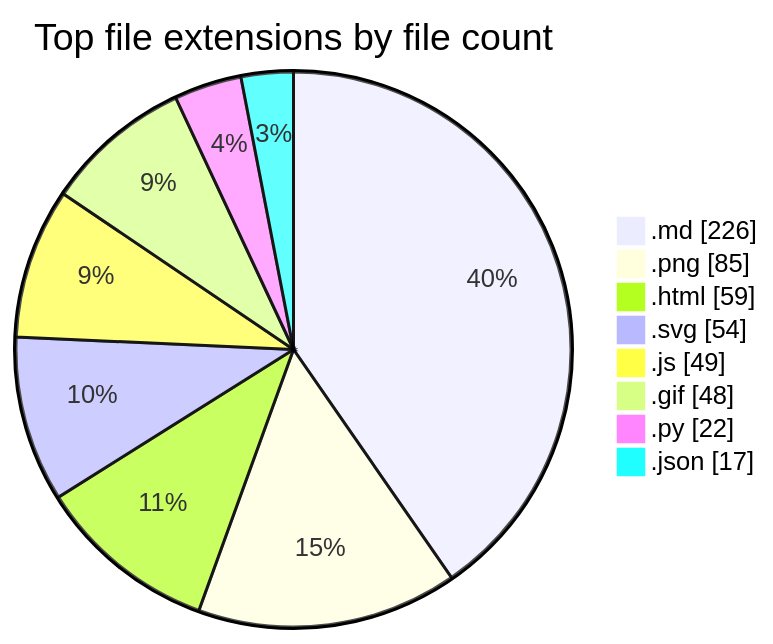
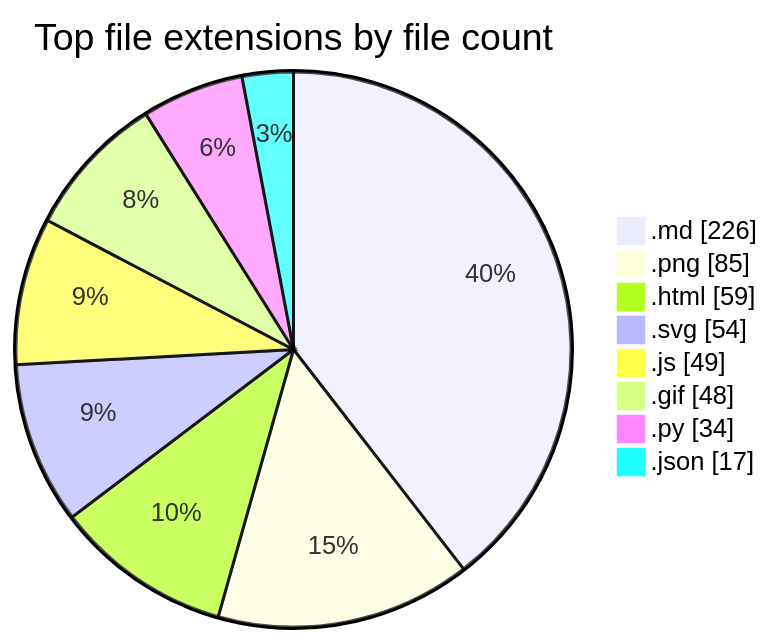
Before and after one commit to tchinso/tchinso: the second of 2 diagrams in README.md, drawn with Mermaid. The commit also changed other lines of this file, not shown here.

````diff
--- a/README.md
+++ b/README.md
@@ -49,12 +49,12 @@
 ```mermaid
 pie showData
     title Top file extensions by file count
     ".md" : 226
     ".png" : 85
     ".html" : 59
     ".svg" : 54
     ".js" : 49
     ".gif" : 48
-    ".py" : 22
+    ".py" : 34
     ".json" : 17
 ```
````
